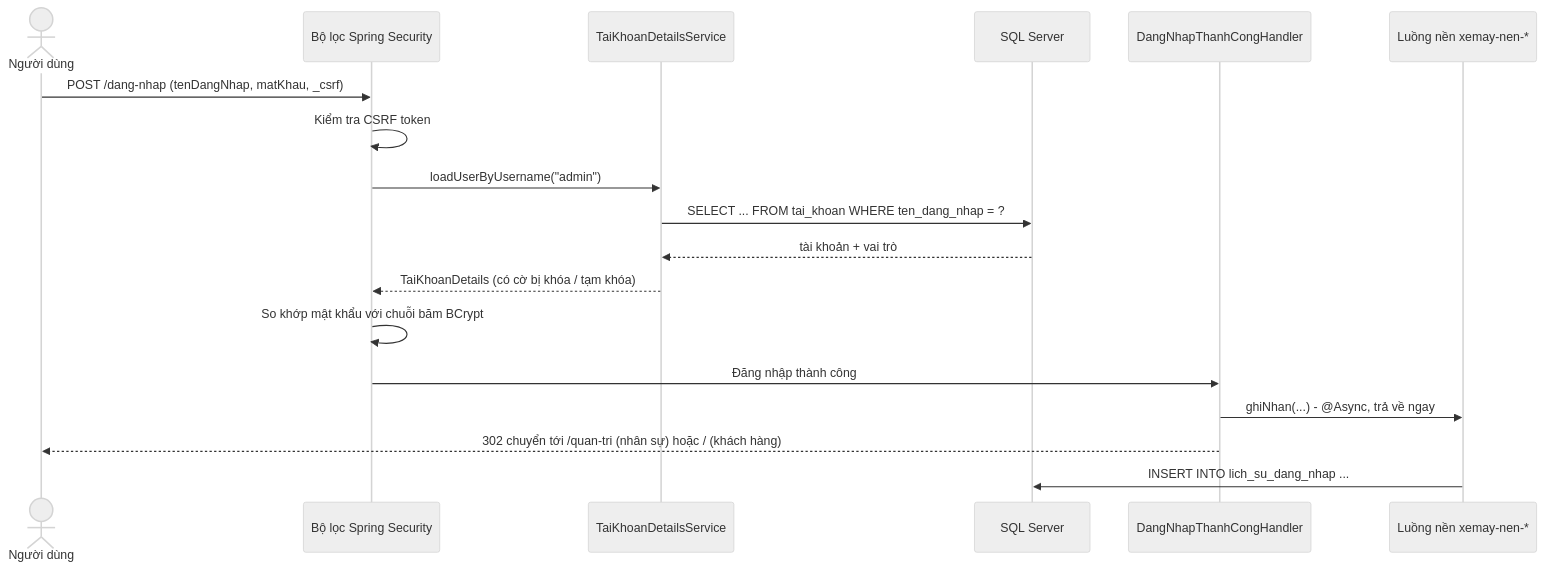
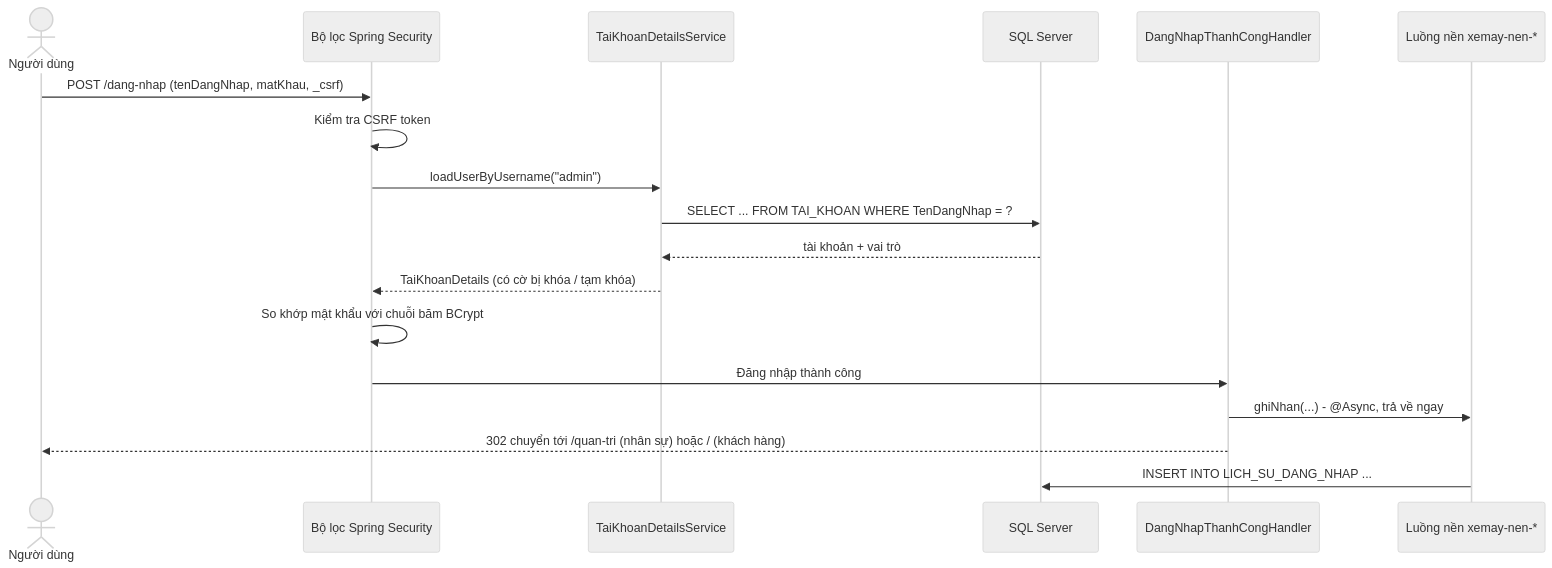
The second of 5 diagrams in docs/thiet-ke-dong-thoi-va-mang.md (McModCoding/Doan-Java), drawn with Mermaid (neutral theme) before and after one commit. The commit also changed other lines of this file and 12 other files, not shown here.

````diff
--- a/docs/thiet-ke-dong-thoi-va-mang.md
+++ b/docs/thiet-ke-dong-thoi-va-mang.md
@@ -30,21 +30,21 @@
 ```mermaid
 sequenceDiagram
     actor ND as Người dùng
     participant F as Bộ lọc Spring Security
     participant UDS as TaiKhoanDetailsService
     participant DB as SQL Server
     participant H as DangNhapThanhCongHandler
     participant BG as Luồng nền xemay-nen-*
 
     ND->>F: POST /dang-nhap (tenDangNhap, matKhau, _csrf)
     F->>F: Kiểm tra CSRF token
     F->>UDS: loadUserByUsername("admin")
-    UDS->>DB: SELECT ... FROM tai_khoan WHERE ten_dang_nhap = ?
+    UDS->>DB: SELECT ... FROM TAI_KHOAN WHERE TenDangNhap = ?
     DB-->>UDS: tài khoản + vai trò
     UDS-->>F: TaiKhoanDetails (có cờ bị khóa / tạm khóa)
     F->>F: So khớp mật khẩu với chuỗi băm BCrypt
     F->>H: Đăng nhập thành công
     H->>BG: ghiNhan(...) - @Async, trả về ngay
     H-->>ND: 302 chuyển tới /quan-tri (nhân sự) hoặc / (khách hàng)
-    BG->>DB: INSERT INTO lich_su_dang_nhap ...
+    BG->>DB: INSERT INTO LICH_SU_DANG_NHAP ...
 ```
````
